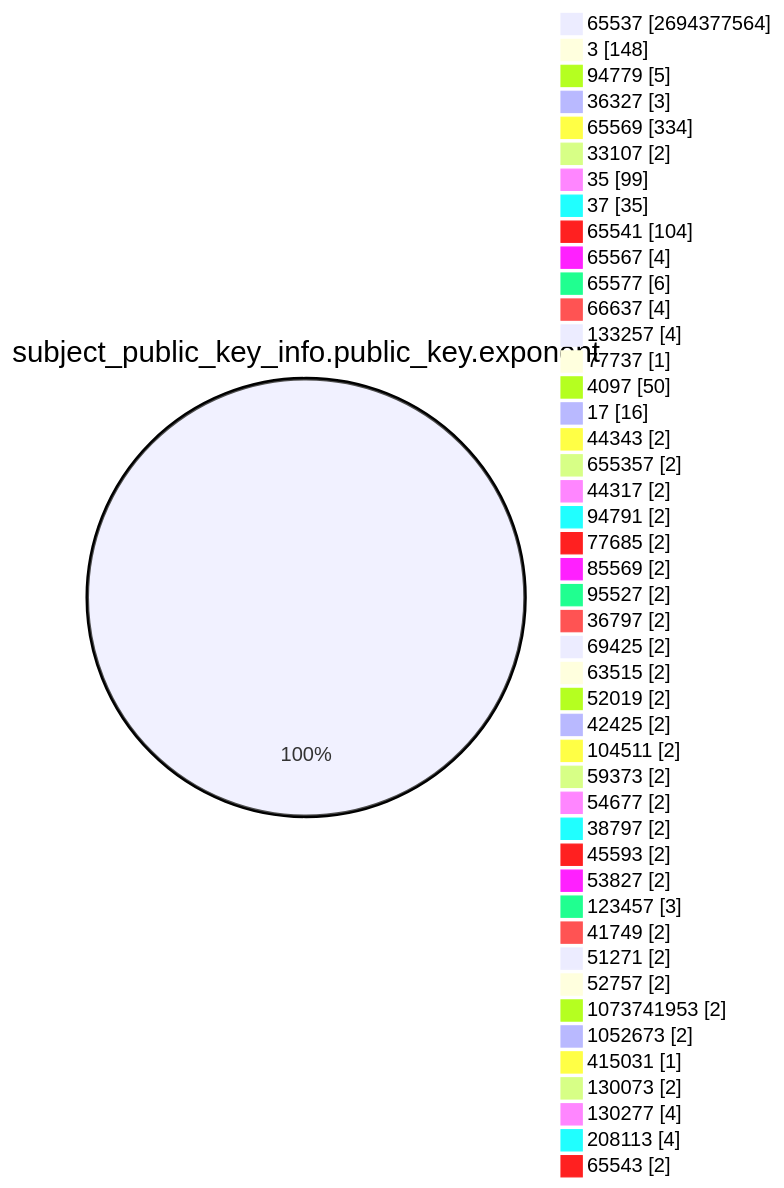
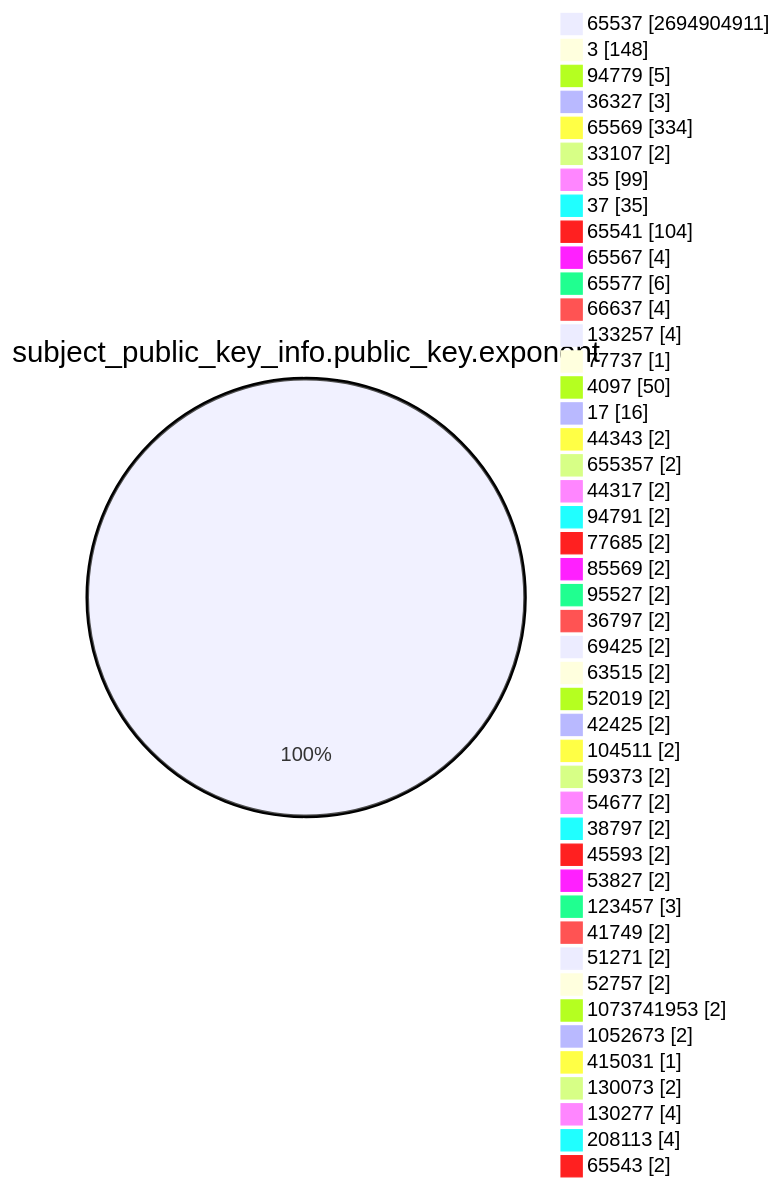
One commit to christiankrug/ctmonitor_visualization changed the fourth of 15 diagrams in TOTAL/README.md. Above: the diagram before and after it, drawn with Mermaid. The commit also changed other lines of this file, not shown here.

````diff
--- a/TOTAL/README.md
+++ b/TOTAL/README.md
@@ -1467,49 +1467,49 @@
 ```mermaid
 pie showData
 title subject_public_key_info.public_key.exponent
-"65537" :2694377564
+"65537" :2694904911
 "3" :148
 "94779" :5
 "36327" :3
 "65569" :334
 "33107" :2
 "35" :99
 "37" :35
 "65541" :104
 "65567" :4
 "65577" :6
 "66637" :4
 "133257" :4
 "77737" :1
 "4097" :50
 "17" :16
 "44343" :2
 "655357" :2
 "44317" :2
 "94791" :2
 "77685" :2
 "85569" :2
 "95527" :2
 "36797" :2
 "69425" :2
 "63515" :2
 "52019" :2
 "42425" :2
 "104511" :2
 "59373" :2
 "54677" :2
 "38797" :2
 "45593" :2
 "53827" :2
 "123457" :3
 "41749" :2
 "51271" :2
 "52757" :2
 "1073741953" :2
 "1052673" :2
 "415031" :1
 "130073" :2
 "130277" :4
 "208113" :4
 "65543" :2
 ```
````
